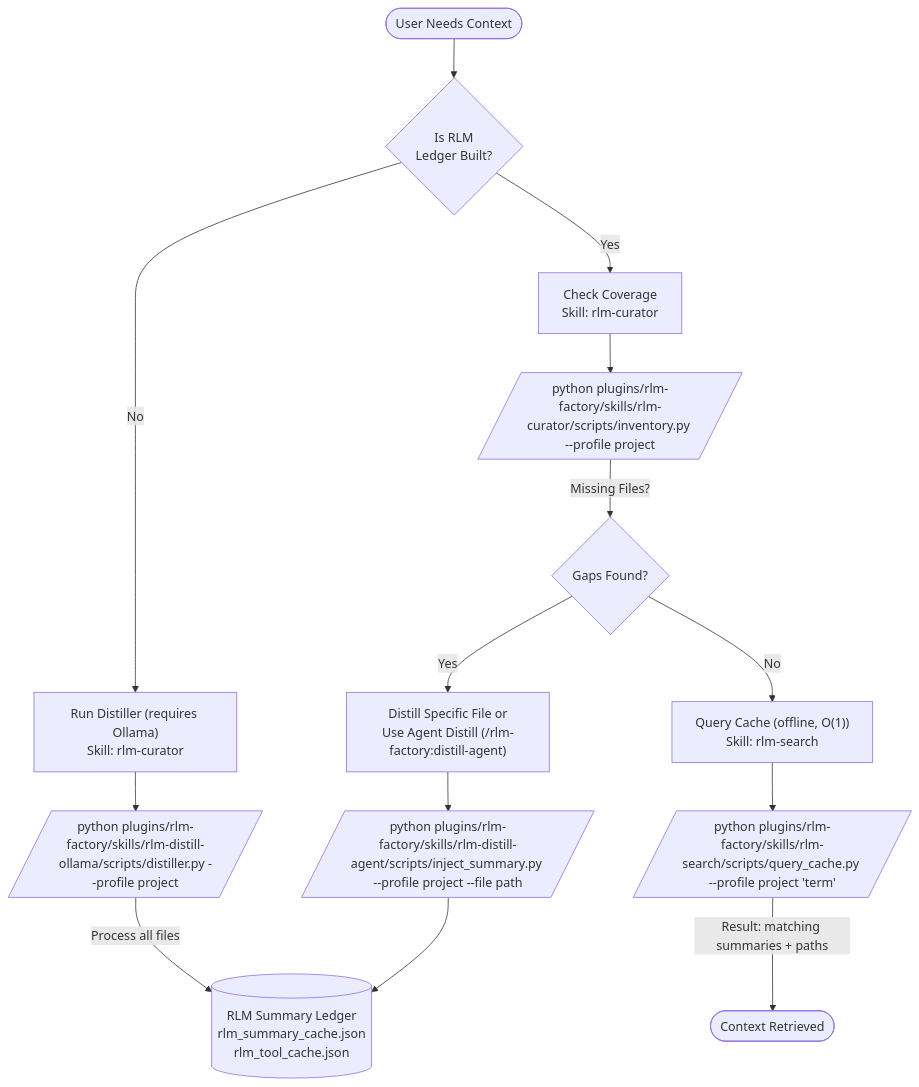
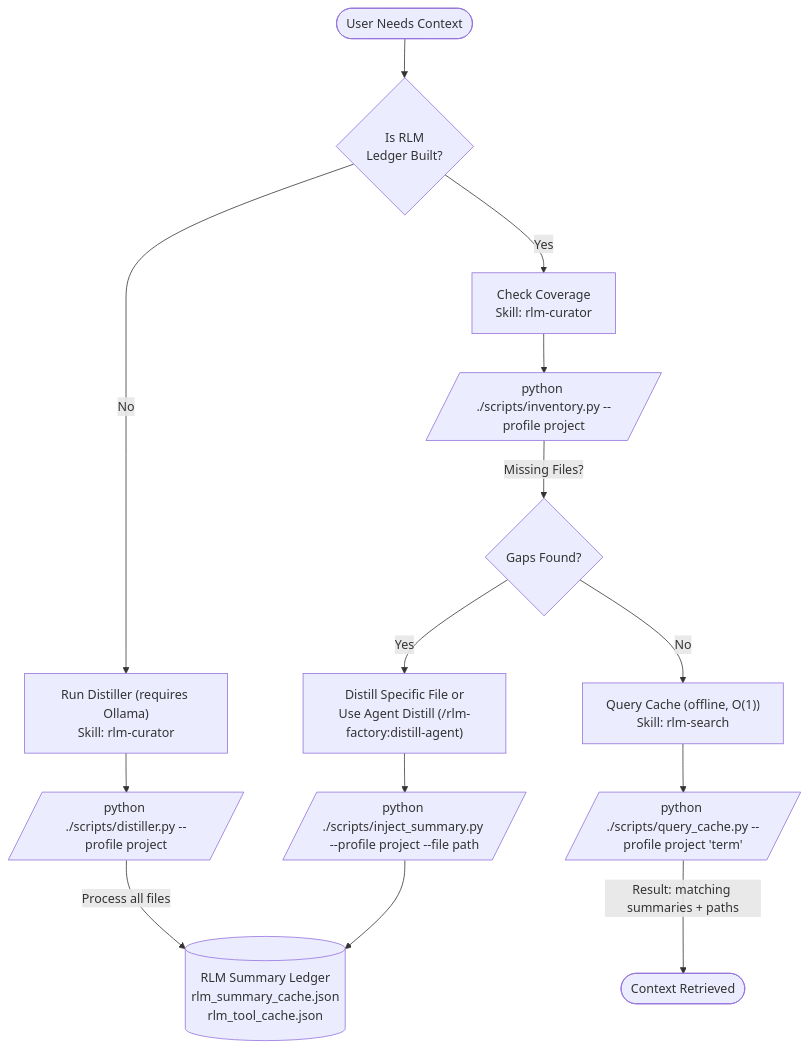
One commit to richfrem/agent-plugins-skills changed the diagram in plugins/rlm-factory/references/diagrams/workflow.mmd. Above: the diagram before and after it, drawn with Mermaid. The commit also changed 153 other files, not shown here.

```diff
--- a/plugins/rlm-factory/references/diagrams/workflow.mmd
+++ b/plugins/rlm-factory/references/diagrams/workflow.mmd
@@ -1,18 +1,18 @@
 flowchart TD
     Start([User Needs Context]) --> Check{Is RLM\nLedger Built?}
 
     Check -- No --> Build["Run Distiller (requires Ollama)\nSkill: rlm-curator"]
-    Build --> CmdBuild[/"python plugins/rlm-factory/skills/rlm-distill-ollama/scripts/distiller.py --profile project"/]
+    Build --> CmdBuild[/"python ./scripts/distiller.py --profile project"/]
     CmdBuild -- "Process all files" --> Cache[(RLM Summary Ledger\nrlm_summary_cache.json\nrlm_tool_cache.json)]
 
     Check -- Yes --> Audit["Check Coverage\nSkill: rlm-curator"]
-    Audit --> CmdAudit[/"python plugins/rlm-factory/skills/rlm-curator/scripts/inventory.py --profile project"/]
+    Audit --> CmdAudit[/"python ./scripts/inventory.py --profile project"/]
     CmdAudit -- "Missing Files?" --> Gaps{Gaps Found?}
 
     Gaps -- Yes --> Patch["Distill Specific File or\nUse Agent Distill (/rlm-factory:distill-agent)"]
-    Patch --> CmdPatch[/"python plugins/rlm-factory/skills/rlm-distill-agent/scripts/inject_summary.py --profile project --file path"/]
+    Patch --> CmdPatch[/"python ./scripts/inject_summary.py --profile project --file path"/]
     CmdPatch --> Cache
 
     Gaps -- No --> Search["Query Cache (offline, O(1))\nSkill: rlm-search"]
-    Search --> CmdSearch[/"python plugins/rlm-factory/skills/rlm-search/scripts/query_cache.py --profile project 'term'"/]
+    Search --> CmdSearch[/"python ./scripts/query_cache.py --profile project 'term'"/]
     CmdSearch -- "Result: matching summaries + paths" --> Result([Context Retrieved])
```
